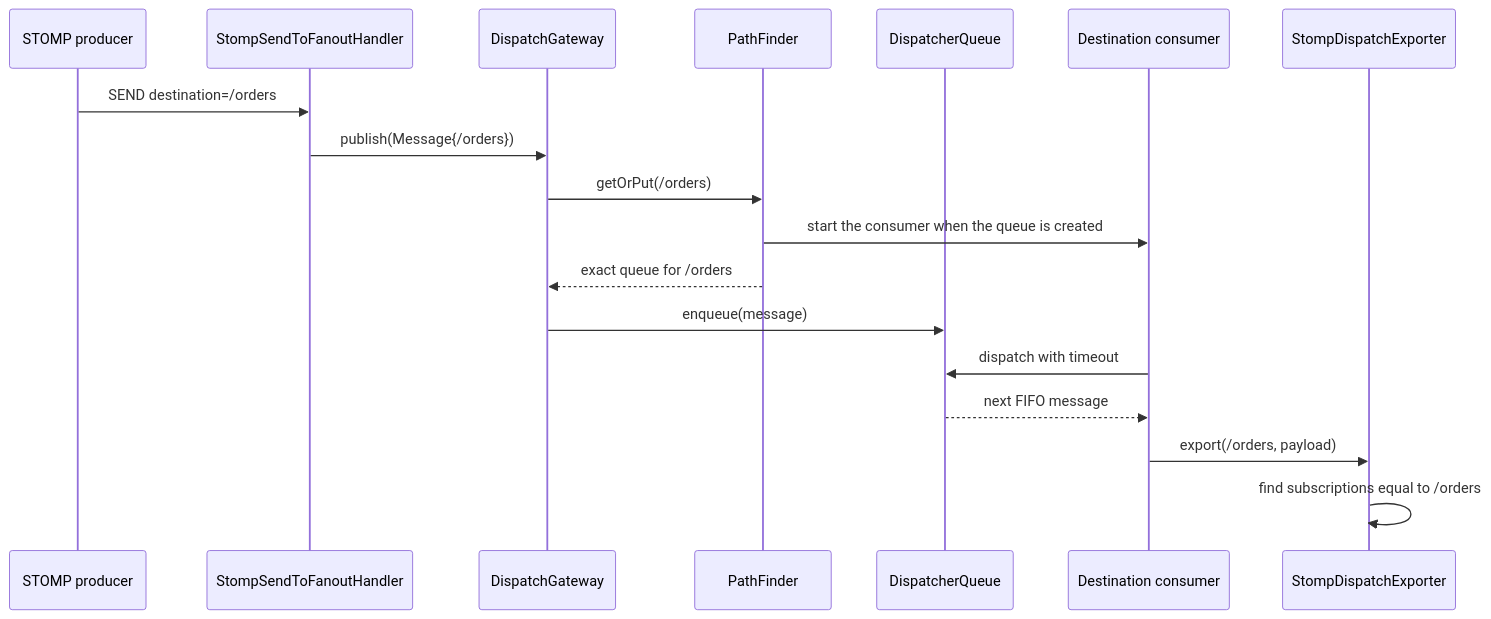
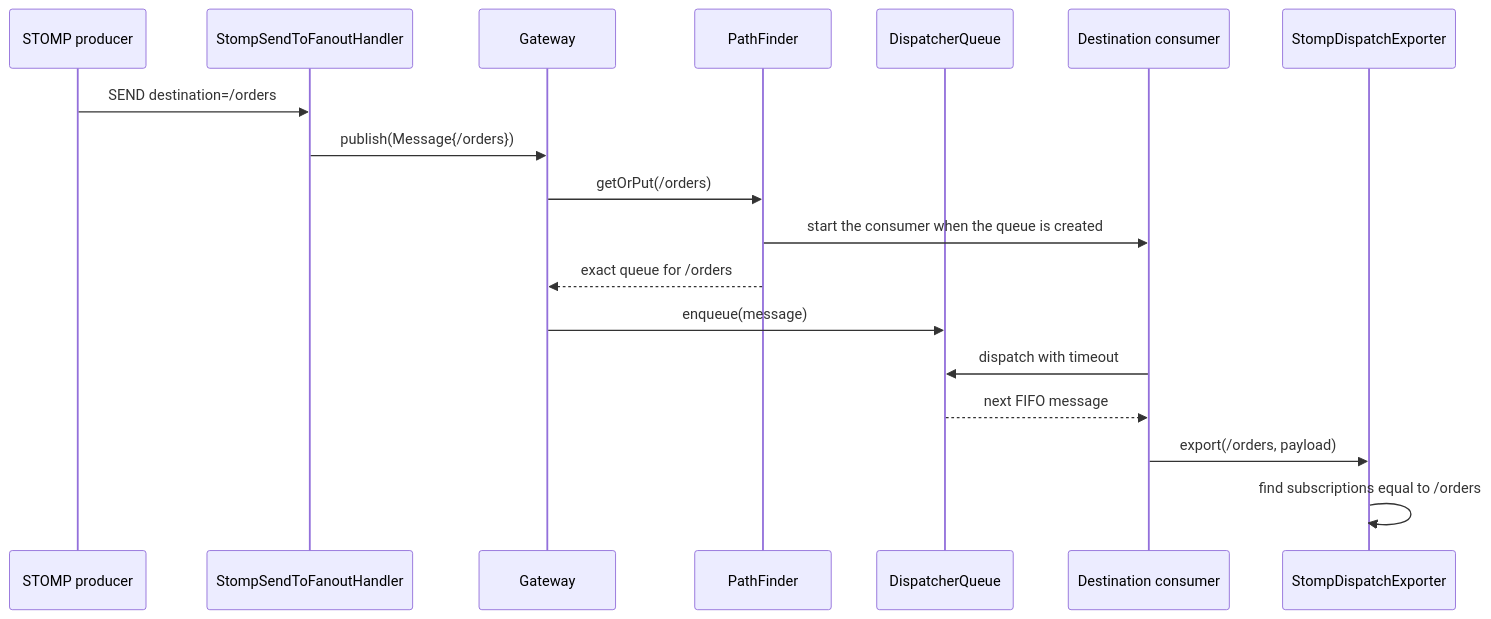
Before and after one commit to traffic-hunter/titan: the diagram in docs/concepts/destinations.md, drawn with Mermaid. The commit also changed other lines of this file and 17 other files, not shown here.

Commit message:
Rename DispatchGateway to Gateway

````diff
--- a/docs/concepts/destinations.md
+++ b/docs/concepts/destinations.md
@@ -23,21 +23,21 @@
 ```mermaid
 sequenceDiagram
     participant P as STOMP producer
     participant H as StompSendToFanoutHandler
-    participant G as DispatchGateway
+    participant G as Gateway
     participant D as PathFinder
     participant Q as DispatcherQueue
     participant C as Destination consumer
     participant E as StompDispatchExporter
 
     P->>H: SEND destination=/orders
     H->>G: publish(Message{/orders})
     G->>D: getOrPut(/orders)
     D->>C: start the consumer when the queue is created
     D-->>G: exact queue for /orders
     G->>Q: enqueue(message)
     C->>Q: dispatch with timeout
     Q-->>C: next FIFO message
     C->>E: export(/orders, payload)
     E->>E: find subscriptions equal to /orders
 ```
````
